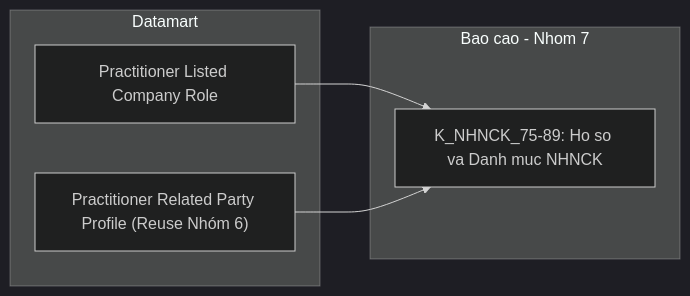
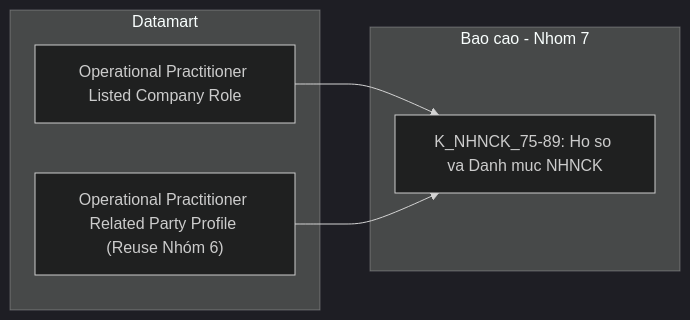
Before and after one commit to linhlvit/ubck_atomic_design: diagram 27 of 40 in Datamart/hld/DTM_NHNCK_HLD.md, drawn with Mermaid (dark theme). The commit also changed other lines of this file and 52 other files, not shown here.

````diff
--- a/Datamart/hld/DTM_NHNCK_HLD.md
+++ b/Datamart/hld/DTM_NHNCK_HLD.md
@@ -1123,12 +1123,12 @@
 ```mermaid
 flowchart LR
     subgraph Datamart["Datamart"]
-        G1["Practitioner Listed Company Role"]
-        G2["Practitioner Related Party Profile (Reuse Nhóm 6)"]
+        G1["Operational Practitioner Listed Company Role"]
+        G2["Operational Practitioner Related Party Profile (Reuse Nhóm 6)"]
     end
     subgraph RPT["Bao cao - Nhom 7"]
         R1["K_NHNCK_75-89: Ho so va Danh muc NHNCK"]
     end
     G1 --> R1
     G2 --> R1
 ```
````
